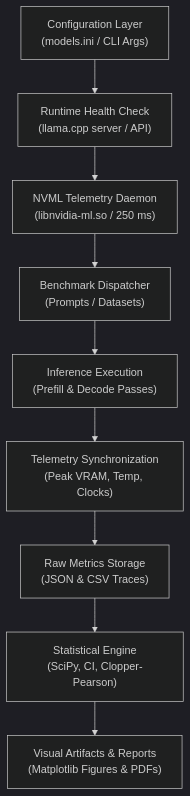
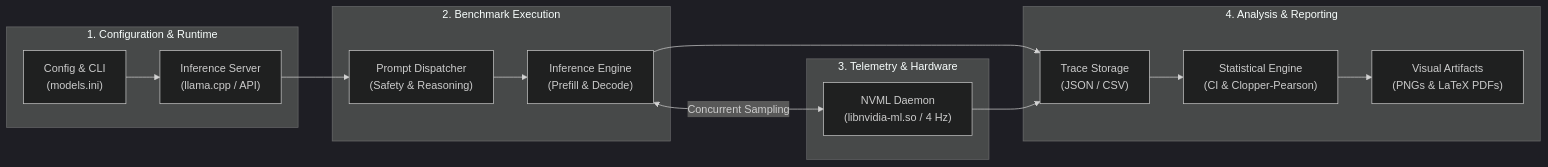
Before and after one commit to AndersonTavares0/llm-research-bench: the diagram in README.md, drawn with Mermaid (dark theme). The commit also changed other lines of this file and 4 other files, not shown here.

First line of the commit message:
docs: polish README visual presentation, declutter Pareto chart, and update architecture diagram

````diff
--- a/README.md
+++ b/README.md
@@ -86,11 +86,24 @@
 ```mermaid
-flowchart TD
-    A["Configuration Layer<br/>(models.ini / CLI Args)"] --> B["Runtime Health Check<br/>(llama.cpp server / API)"]
-    B --> C["NVML Telemetry Daemon<br/>(libnvidia-ml.so / 250 ms)"]
-    C --> D["Benchmark Dispatcher<br/>(Prompts / Datasets)"]
-    D --> E["Inference Execution<br/>(Prefill & Decode Passes)"]
-    E --> F["Telemetry Synchronization<br/>(Peak VRAM, Temp, Clocks)"]
-    F --> G["Raw Metrics Storage<br/>(JSON & CSV Traces)"]
-    G --> H["Statistical Engine<br/>(SciPy, CI, Clopper-Pearson)"]
-    H --> I["Visual Artifacts & Reports<br/>(Matplotlib Figures & PDFs)"]
+flowchart LR
+    subgraph G1["1. Configuration & Runtime"]
+        CFG["Config & CLI<br/>(models.ini)"] --> SRV["Inference Server<br/>(llama.cpp / API)"]
+    end
+
+    subgraph G2["2. Benchmark Execution"]
+        DISP["Prompt Dispatcher<br/>(Safety & Reasoning)"] --> INFER["Inference Engine<br/>(Prefill & Decode)"]
+    end
+
+    subgraph G3["3. Telemetry & Hardware"]
+        NVML["NVML Daemon<br/>(libnvidia-ml.so / 4 Hz)"]
+    end
+
+    subgraph G4["4. Analysis & Reporting"]
+        STORE["Trace Storage<br/>(JSON / CSV)"] --> STAT["Statistical Engine<br/>(CI & Clopper-Pearson)"]
+        STAT --> OUT["Visual Artifacts<br/>(PNGs & LaTeX PDFs)"]
+    end
+
+    SRV --> DISP
+    INFER <-->|Concurrent Sampling| NVML
+    INFER --> STORE
+    NVML --> STORE
 ```
````
